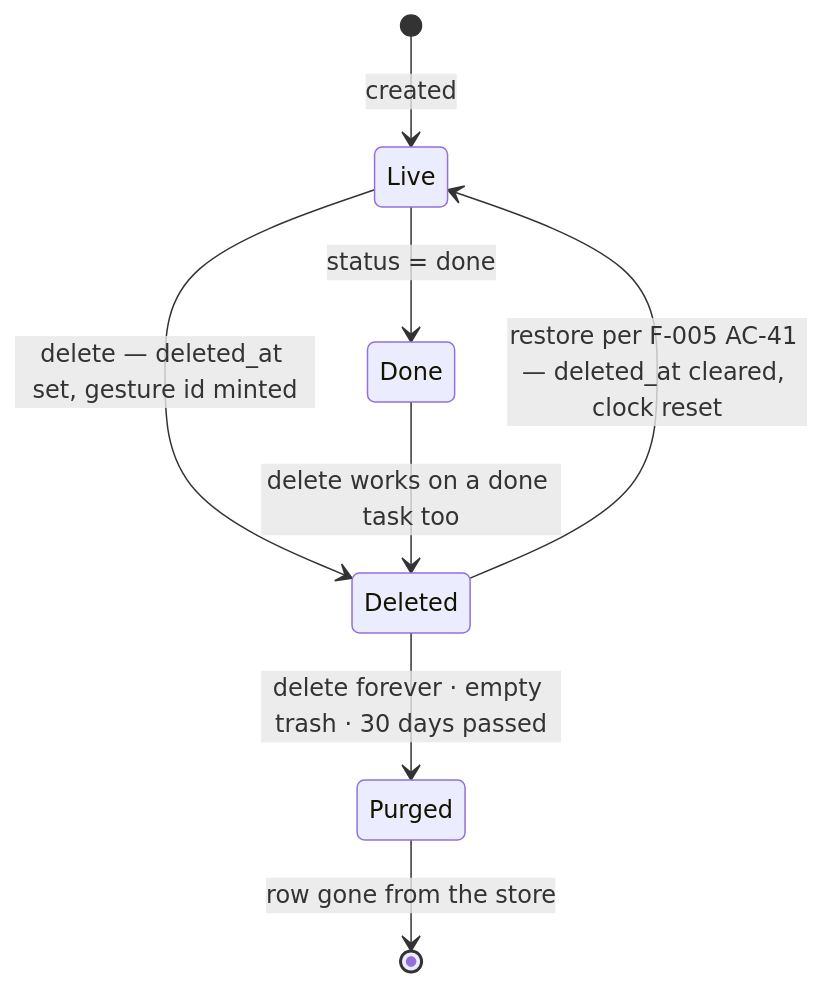
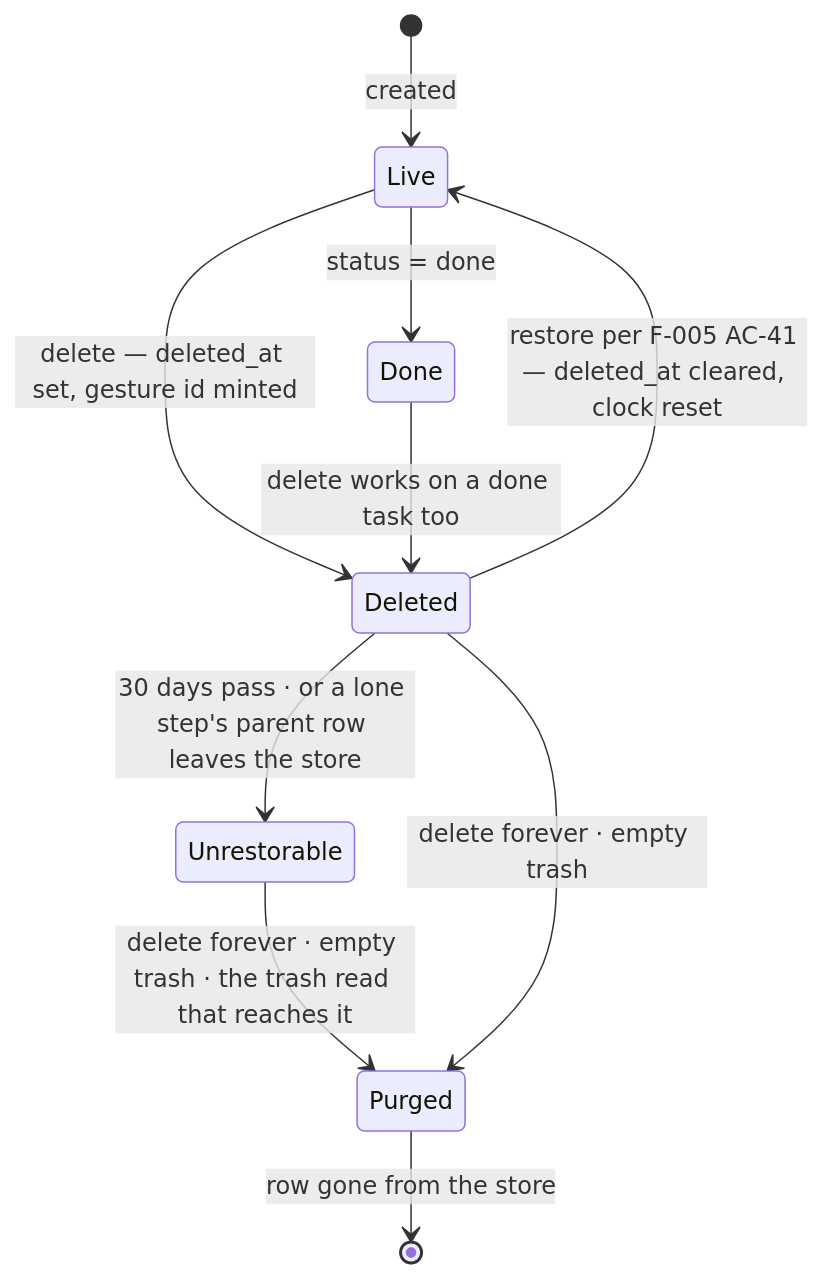
The second of 2 diagrams in docs/specs/assistant/F-006-recently-deleted.md (tandt53/todo-ai-redesign), drawn with Mermaid before and after one commit. The commit also changed other lines of this file and 7 other files, not shown here.

````diff
--- a/docs/specs/assistant/F-006-recently-deleted.md
+++ b/docs/specs/assistant/F-006-recently-deleted.md
@@ -140,10 +159,12 @@
 ```mermaid
 stateDiagram-v2
     [*] --> Live: created
     Live --> Deleted: delete — deleted_at set, gesture id minted
     Deleted --> Live: restore per F-005 AC-41 — deleted_at cleared, clock reset
-    Deleted --> Purged: delete forever · empty trash · 30 days passed
+    Deleted --> Unrestorable: 30 days pass · or a lone step's parent row leaves the store
+    Unrestorable --> Purged: delete forever · empty trash · the trash read that reaches it
+    Deleted --> Purged: delete forever · empty trash
     Purged --> [*]: row gone from the store
     Live --> Done: status = done
     Done --> Deleted: delete works on a done task too
 ```
````
